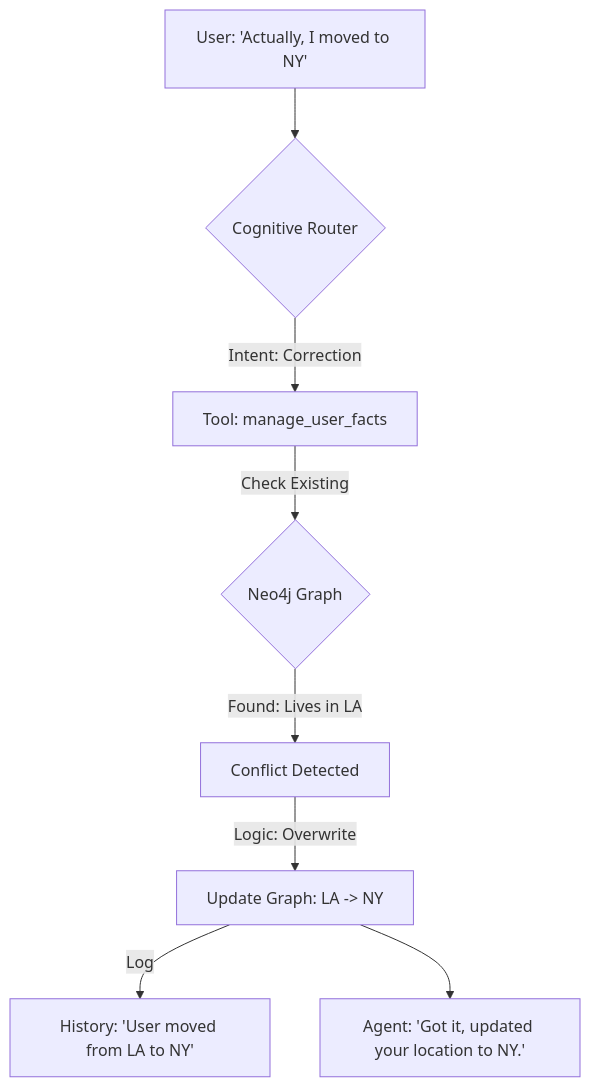
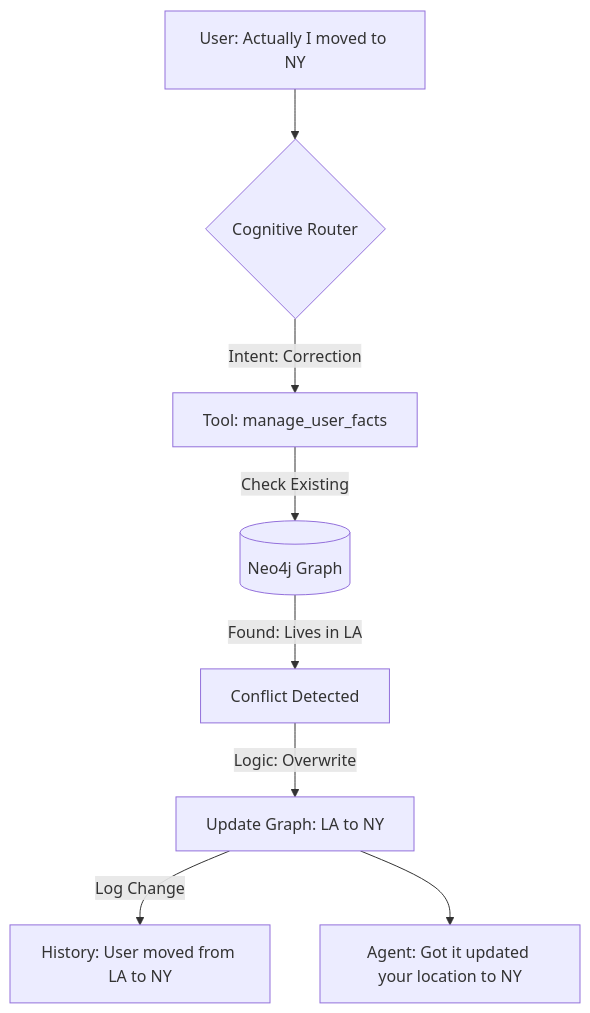
One commit to whisperengine-ai/whisperengine-v2 changed the second of 2 diagrams in docs/architecture/MEMORY_SYSTEM_V2.md. Above: the diagram before and after it, drawn with Mermaid. The commit also changed other lines of this file and 4 other files, not shown here.

Commit message:
feat: enhance documentation with theoretical foundations and architecture details for Cognitive Engine and Memory System

````diff
--- a/docs/architecture/MEMORY_SYSTEM_V2.md
+++ b/docs/architecture/MEMORY_SYSTEM_V2.md
@@ -98,14 +198,14 @@
 ```mermaid
 graph TD
-    User[User: 'Actually, I moved to NY'] --> Router{Cognitive Router}
+    User[User: Actually I moved to NY] --> Router{Cognitive Router}
     
     Router -->|Intent: Correction| Tool[Tool: manage_user_facts]
     
-    Tool -->|Check Existing| Neo4j{Neo4j Graph}
+    Tool -->|Check Existing| Neo4j[(Neo4j Graph)]
     Neo4j -->|Found: Lives in LA| Conflict[Conflict Detected]
     
-    Conflict -->|Logic: Overwrite| Update[Update Graph: LA -> NY]
-    Update -->|Log| History[History: 'User moved from LA to NY']
+    Conflict -->|Logic: Overwrite| Update[Update Graph: LA to NY]
+    Update -->|Log Change| History[History: User moved from LA to NY]
     
-    Update --> Response[Agent: 'Got it, updated your location to NY.']
+    Update --> Response[Agent: Got it updated your location to NY]
 ```
````
